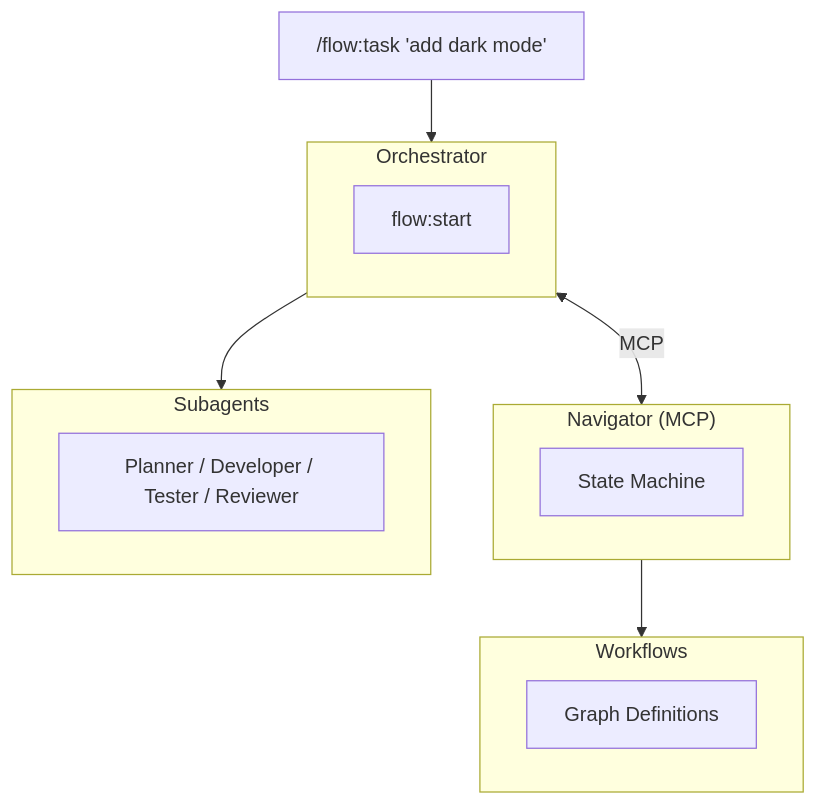
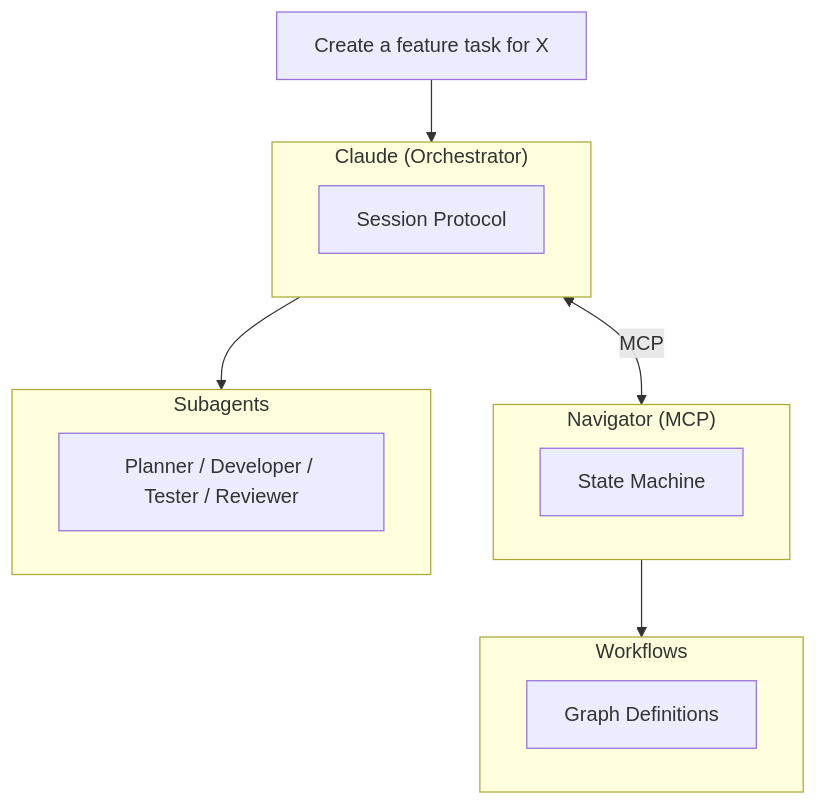
One commit to leclabs/agent-toolkit changed the diagram in plugins/flow/README.md. Above: the diagram before and after it, drawn with Mermaid. The commit also changed other lines of this file and 17 other files, not shown here.

````diff
--- a/plugins/flow/README.md
+++ b/plugins/flow/README.md
@@ -181,25 +78,25 @@
 ```mermaid
 flowchart TB
-    user["/flow:task 'add dark mode'"]
+    user["Create a feature task for X"]
 
-    subgraph Orchestrator
-        start["flow:start"]
+    subgraph Orchestrator["Claude (Orchestrator)"]
+        protocol["Session Protocol"]
     end
 
     subgraph Navigator["Navigator (MCP)"]
         sm["State Machine"]
     end
 
     subgraph Subagents
         agents["Planner / Developer / Tester / Reviewer"]
     end
 
     subgraph Workflows
         wf["Graph Definitions"]
     end
 
     user --> Orchestrator
     Orchestrator <-->|MCP| Navigator
     Orchestrator --> Subagents
     Navigator --> Workflows
 ```
````
